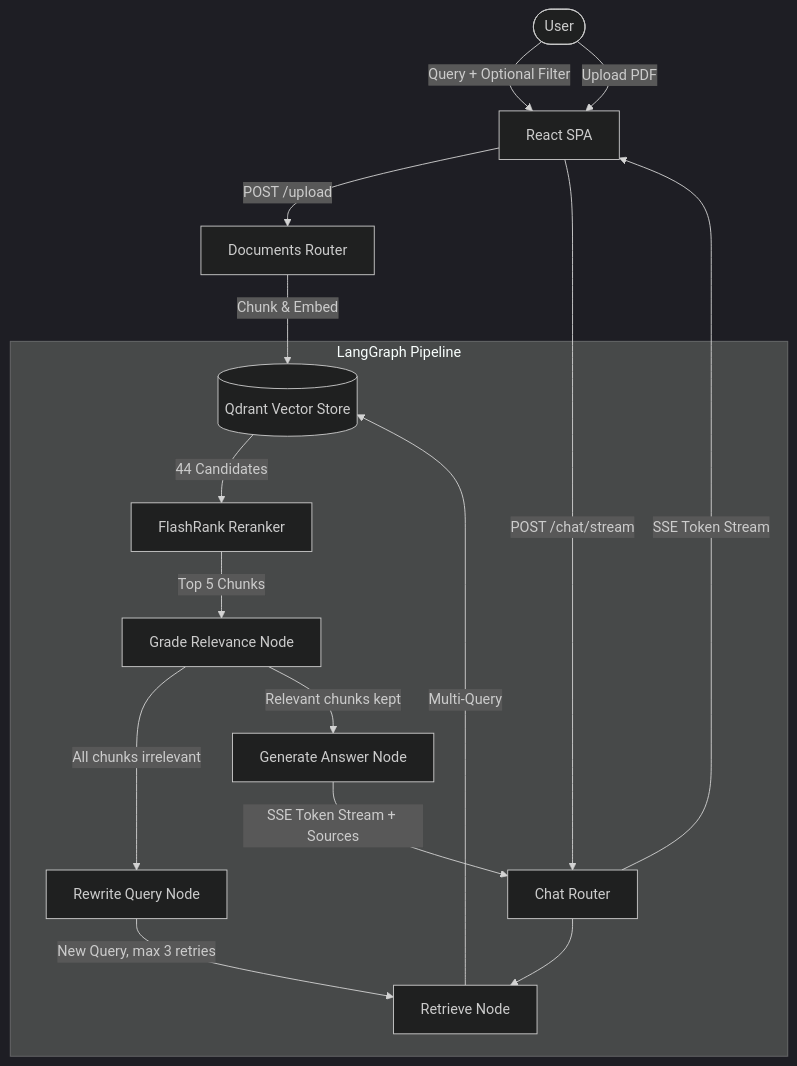
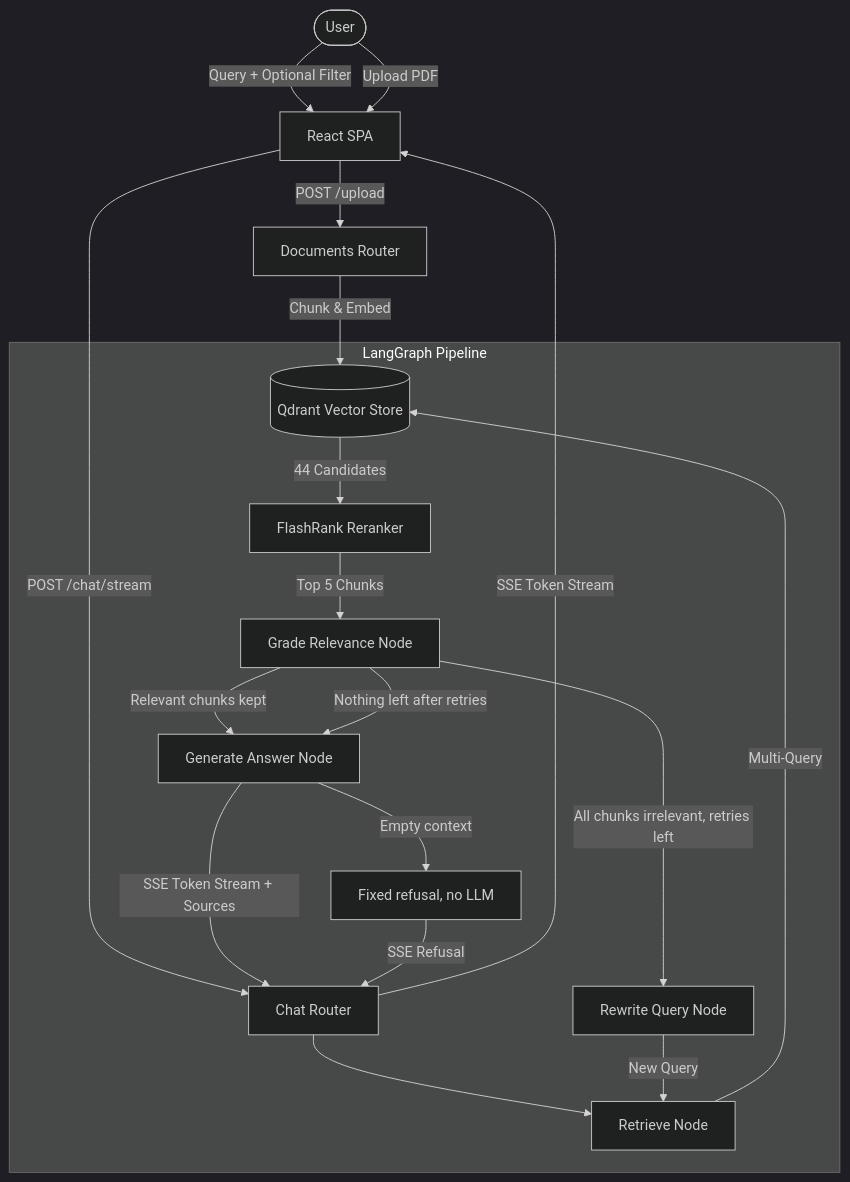
Before and after one commit to mslabysz/rag-legal-assistant: the diagram in README.md, drawn with Mermaid (dark theme). The commit also changed other lines of this file and 36 other files, not shown here.

````diff
--- a/README.md
+++ b/README.md
@@ -101,25 +104,28 @@
 ```mermaid
 graph TD
     User([User]) -->|Query + Optional Filter| Frontend[React SPA]
     User -->|Upload PDF| Frontend
 
     Frontend -->|POST /upload| RouterDocs[Documents Router]
     RouterDocs -->|Chunk & Embed| Qdrant[(Qdrant Vector Store)]
 
     Frontend -->|POST /chat/stream| RouterChat[Chat Router]
 
     subgraph LangGraph Pipeline
         RouterChat --> Retrieve[Retrieve Node]
         Retrieve -->|Multi-Query| Qdrant
         Qdrant -->|44 Candidates| Reranker[FlashRank Reranker]
         Reranker -->|Top 5 Chunks| Grade[Grade Relevance Node]
 
-        Grade -->|All chunks irrelevant| Rewrite[Rewrite Query Node]
-        Rewrite -->|New Query, max 3 retries| Retrieve
+        Grade -->|All chunks irrelevant, retries left| Rewrite[Rewrite Query Node]
+        Rewrite -->|New Query| Retrieve
 
         Grade -->|Relevant chunks kept| Generate[Generate Answer Node]
+        Grade -->|Nothing left after retries| Generate
+        Generate -->|Empty context| Refuse[Fixed refusal, no LLM]
     end
 
     Generate -->|SSE Token Stream + Sources| RouterChat
+    Refuse -->|SSE Refusal| RouterChat
     RouterChat -->|SSE Token Stream| Frontend
 ```
````
